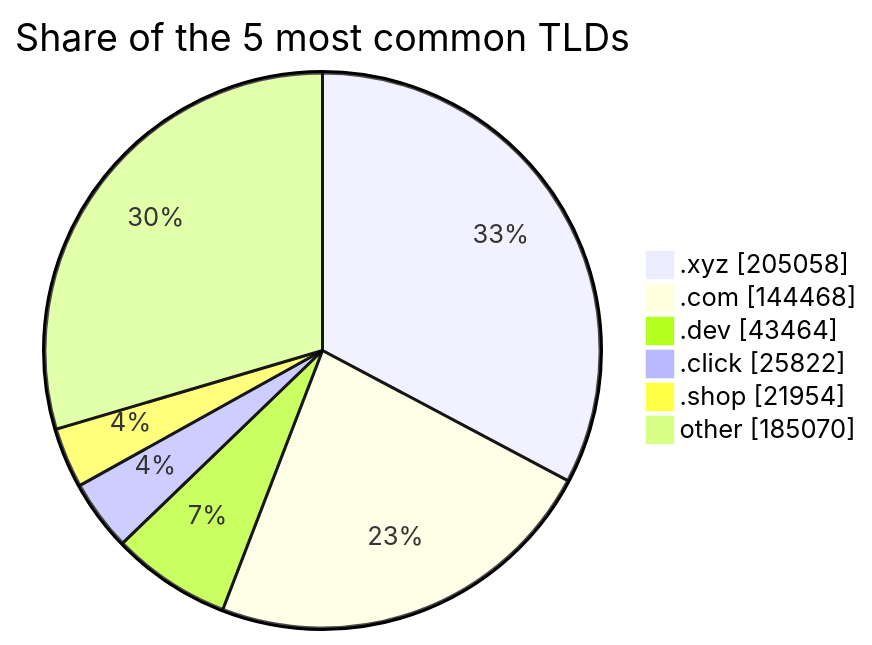
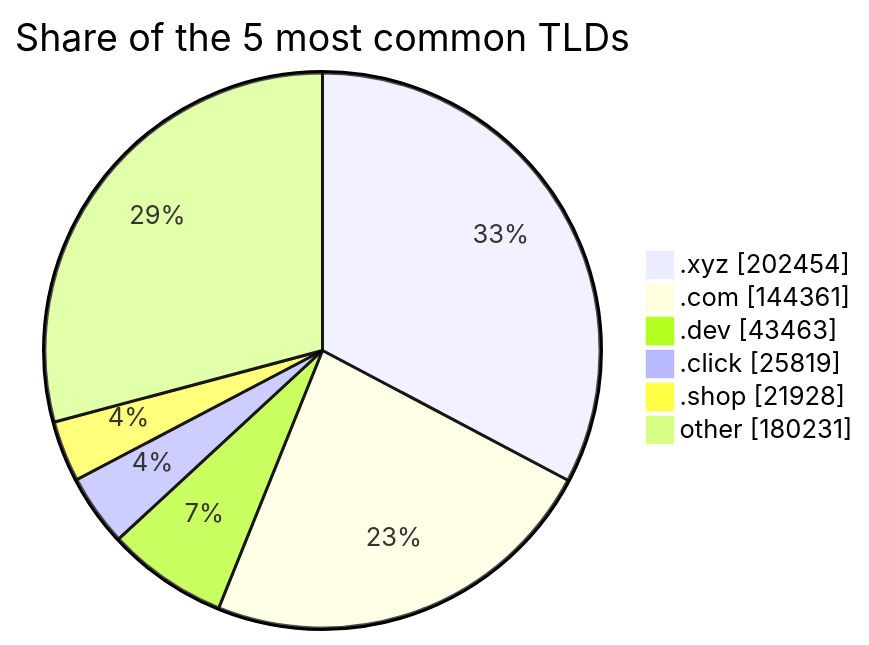
Before and after one commit to DNSBunker/CTI: the third of 3 diagrams in README.md, drawn with Mermaid. The commit also changed other lines of this file and 3 other files, not shown here.

````diff
--- a/README.md
+++ b/README.md
@@ -81,9 +81,9 @@
 ```mermaid
 pie showData title Share of the 5 most common TLDs
-    ".xyz" : 205058
-    ".com" : 144468
-    ".dev" : 43464
-    ".click" : 25822
-    ".shop" : 21954
-    "other" : 185070
+    ".xyz" : 202454
+    ".com" : 144361
+    ".dev" : 43463
+    ".click" : 25819
+    ".shop" : 21928
+    "other" : 180231
 ```
````
